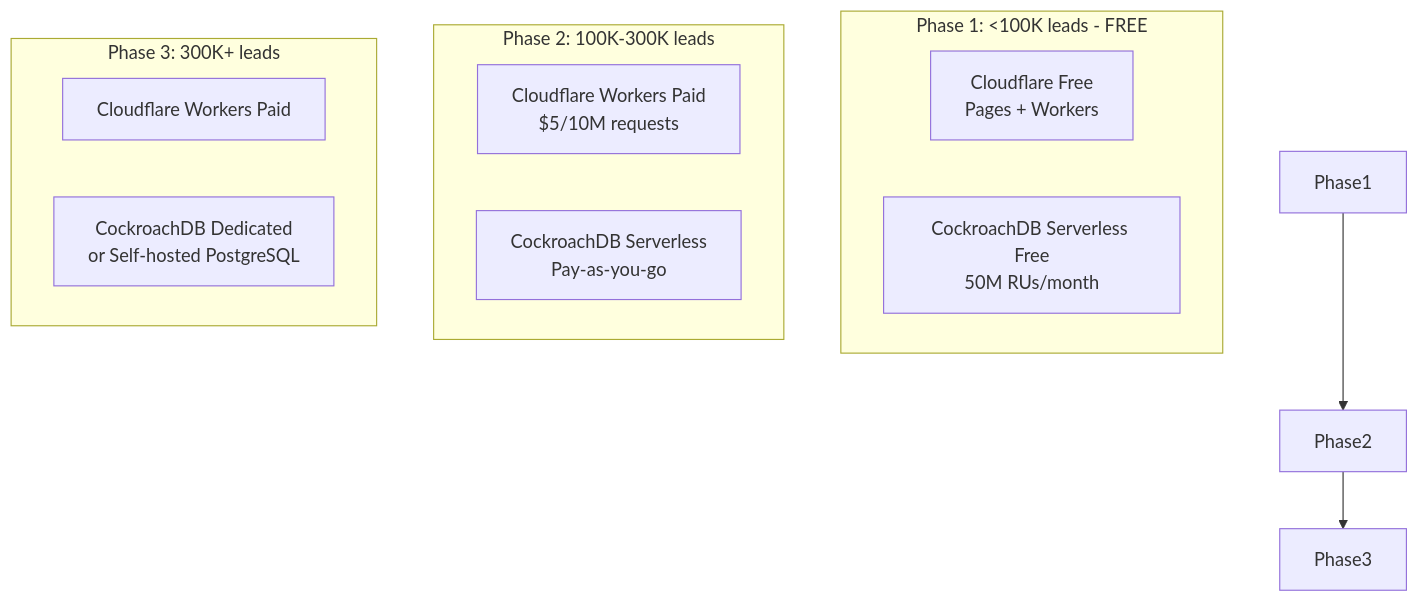
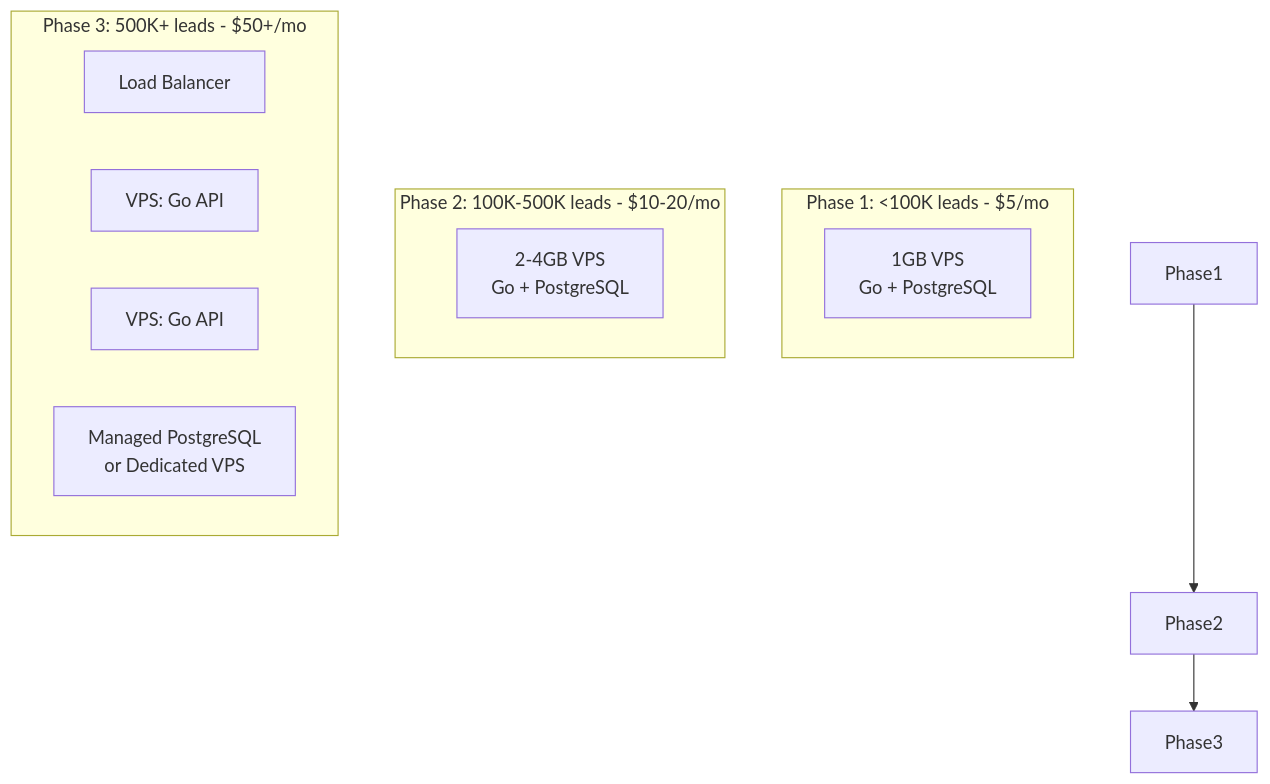
Diagram 11 of 11 in docs/ARCHITECTURE.md (idtazkia/website-stmik), drawn with Mermaid before and after one commit. The commit also changed other lines of this file and 3 other files, not shown here.

First line of the commit message:
Update architecture to use VPS with Go and PostgreSQL

````diff
--- a/docs/ARCHITECTURE.md
+++ b/docs/ARCHITECTURE.md
@@ -701,20 +719,20 @@
 ```mermaid
 graph TB
-    subgraph "Phase 1: <100K leads - FREE"
-        CF1[Cloudflare Free<br/>Pages + Workers]
-        DB1[CockroachDB Serverless Free<br/>50M RUs/month]
+    subgraph "Phase 1: <100K leads - $5/mo"
+        VPS1[1GB VPS<br/>Go + PostgreSQL]
     end
 
-    subgraph "Phase 2: 100K-300K leads"
-        CF2[Cloudflare Workers Paid<br/>$5/10M requests]
-        DB2[CockroachDB Serverless<br/>Pay-as-you-go]
+    subgraph "Phase 2: 100K-500K leads - $10-20/mo"
+        VPS2[2-4GB VPS<br/>Go + PostgreSQL]
     end
 
-    subgraph "Phase 3: 300K+ leads"
-        CF3[Cloudflare Workers Paid]
-        DB3[CockroachDB Dedicated<br/>or Self-hosted PostgreSQL]
+    subgraph "Phase 3: 500K+ leads - $50+/mo"
+        LB[Load Balancer]
+        VPS3A[VPS: Go API]
+        VPS3B[VPS: Go API]
+        DB3[Managed PostgreSQL<br/>or Dedicated VPS]
     end
 
     Phase1 --> Phase2
     Phase2 --> Phase3
 ```
````
